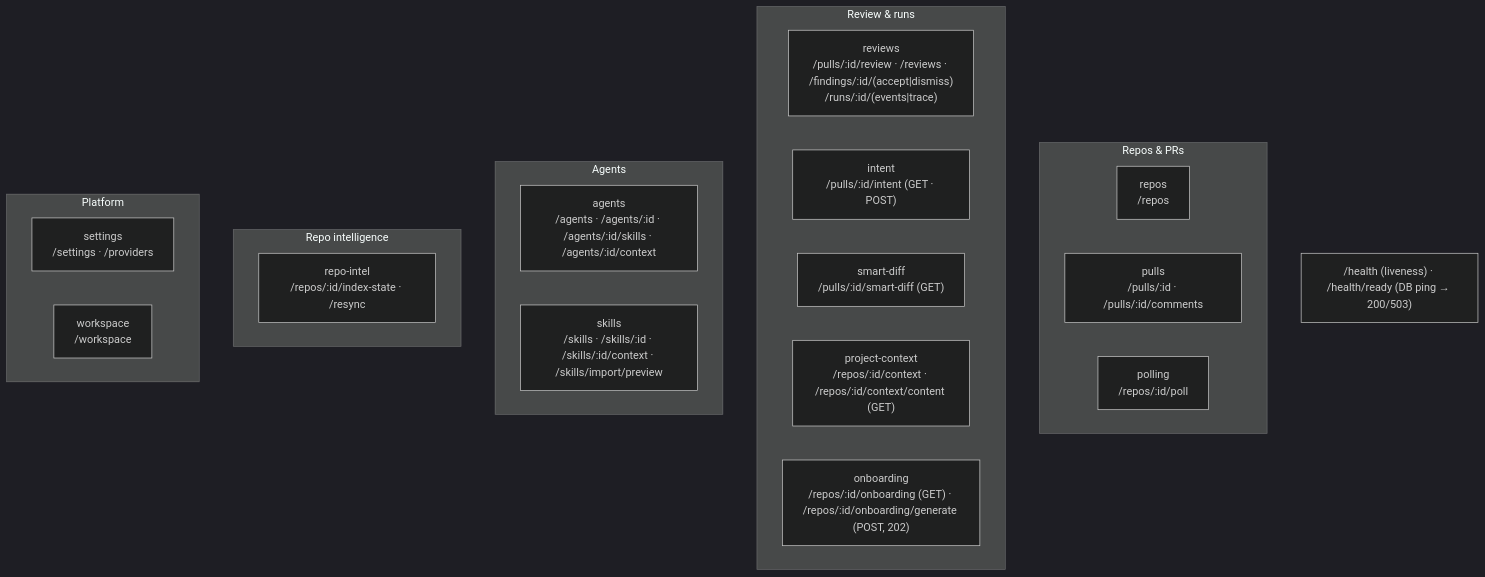
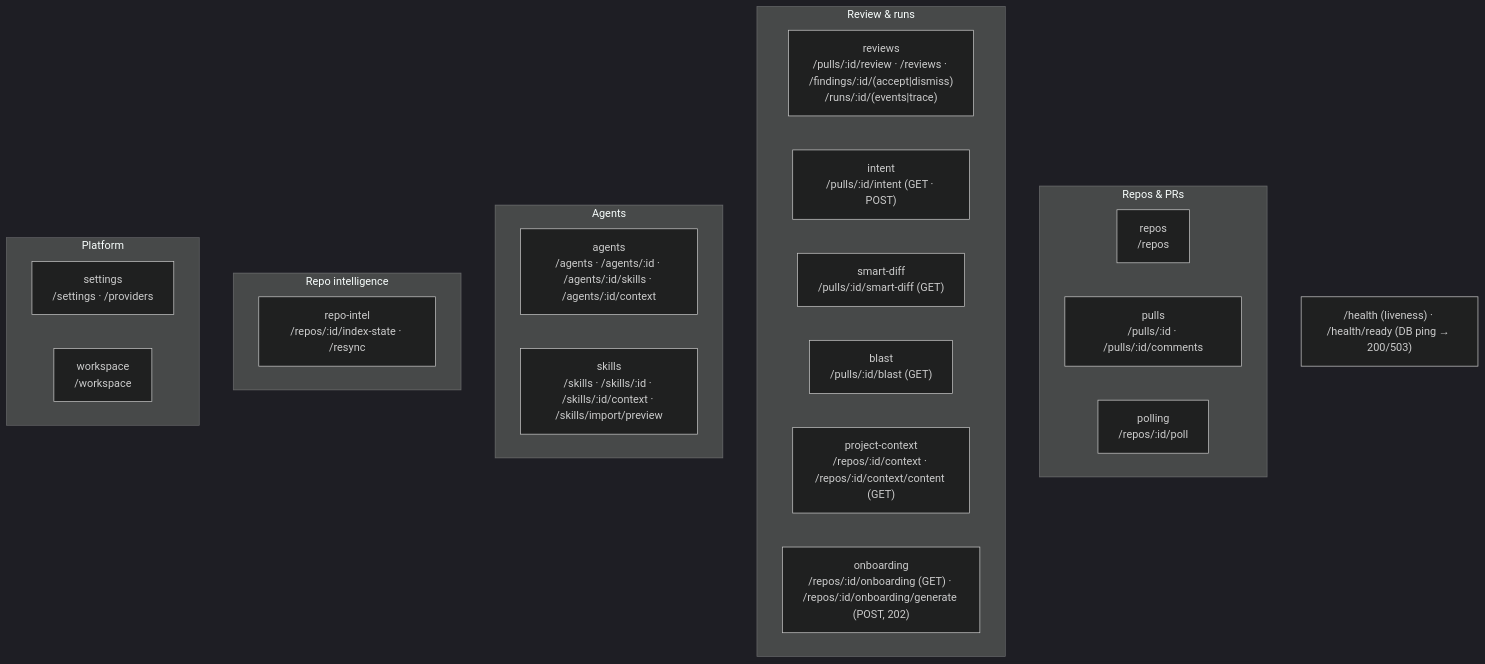
The second of 2 diagrams in server/README.md (artemmmon/dev-digest), drawn with Mermaid (dark theme) before and after one commit. The commit also changed 79 other files, not shown here.

First line of the commit message:
feat: HW4 Blast Radius — Overview block, GET /pulls/:id/blast and MCP get_blast_radius (#16)

````diff
--- a/server/README.md
+++ b/server/README.md
@@ -69,27 +69,28 @@
 ```mermaid
 flowchart TB
   subgraph Repos_PRs["Repos & PRs"]
     repos["repos<br/>/repos"]
     pulls["pulls<br/>/pulls/:id · /pulls/:id/comments"]
     polling["polling<br/>/repos/:id/poll"]
   end
   subgraph Review["Review & runs"]
     reviews["reviews<br/>/pulls/:id/review · /reviews · /findings/:id/(accept|dismiss)<br/>/runs/:id/(events|trace)"]
     intent["intent<br/>/pulls/:id/intent (GET · POST)"]
     smartDiff["smart-diff<br/>/pulls/:id/smart-diff (GET)"]
+    blast["blast<br/>/pulls/:id/blast (GET)"]
     projectContext["project-context<br/>/repos/:id/context · /repos/:id/context/content (GET)"]
     onboarding["onboarding<br/>/repos/:id/onboarding (GET) · /repos/:id/onboarding/generate (POST, 202)"]
   end
   subgraph Agents["Agents"]
     agents["agents<br/>/agents · /agents/:id · /agents/:id/skills · /agents/:id/context"]
     skills["skills<br/>/skills · /skills/:id · /skills/:id/context · /skills/import/preview"]
   end
   subgraph Intel["Repo intelligence"]
     repoIntel["repo-intel<br/>/repos/:id/index-state · /resync"]
   end
   subgraph Platform["Platform"]
     settings["settings<br/>/settings · /providers"]
     workspace["workspace<br/>/workspace"]
   end
   HEALTH["/health (liveness) · /health/ready (DB ping → 200/503)"]
 ```
````
